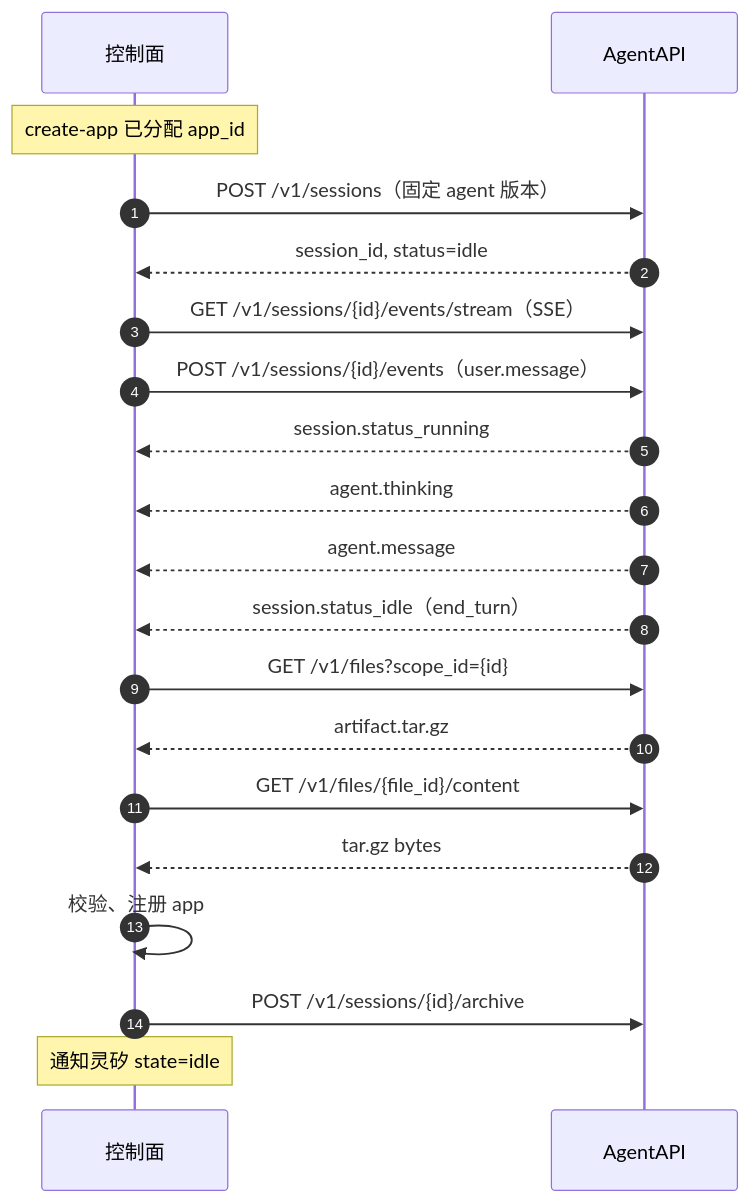
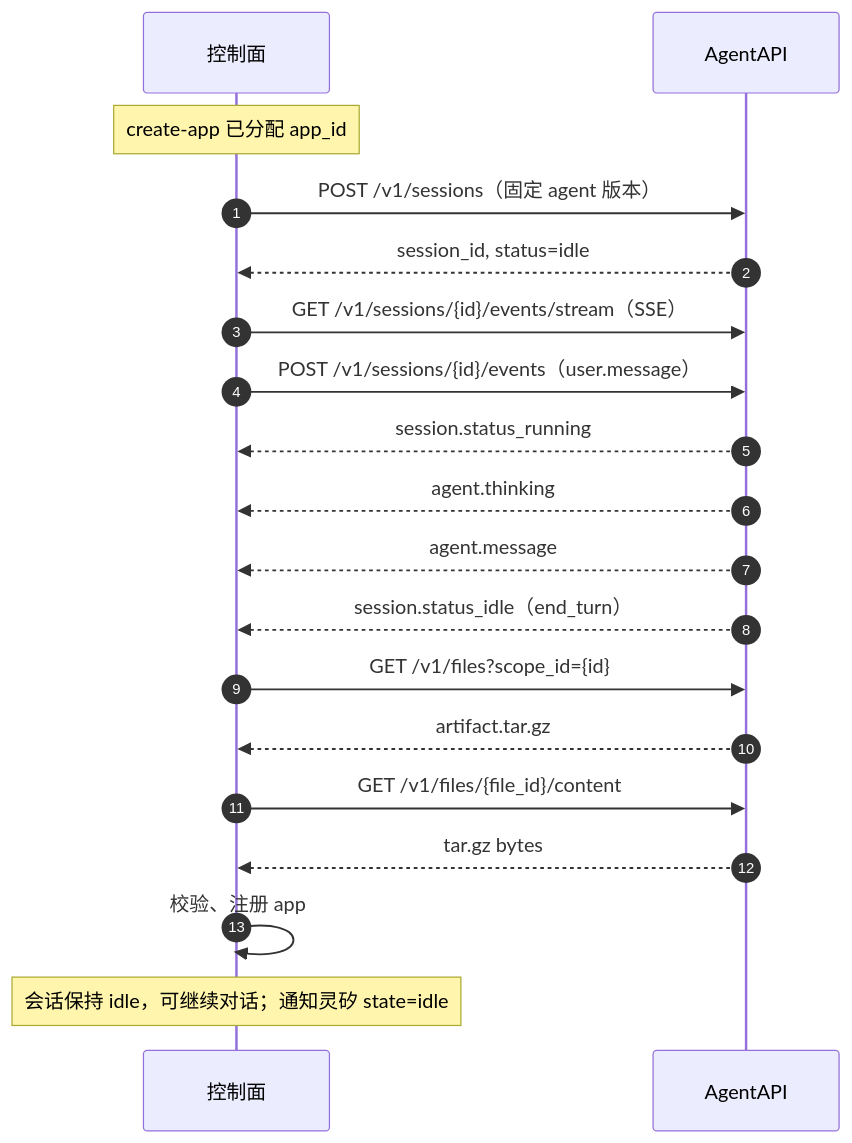
The diagram in docs/gateway-agentapi-interface.md (open-anywhere/open-anywhere), drawn with Mermaid before and after one commit. The commit also changed other lines of this file and 93 other files, not shown here.

````diff
--- a/docs/gateway-agentapi-interface.md
+++ b/docs/gateway-agentapi-interface.md
@@ -259,23 +259,22 @@
 ```mermaid
 sequenceDiagram
   autonumber
   participant C as 控制面
   participant A as AgentAPI
 
   Note over C: create-app 已分配 app_id
   C->>A: POST /v1/sessions（固定 agent 版本）
   A-->>C: session_id, status=idle
   C->>A: GET /v1/sessions/{id}/events/stream（SSE）
   C->>A: POST /v1/sessions/{id}/events（user.message）
   A-->>C: session.status_running
   A-->>C: agent.thinking
   A-->>C: agent.message
   A-->>C: session.status_idle（end_turn）
   C->>A: GET /v1/files?scope_id={id}
   A-->>C: artifact.tar.gz
   C->>A: GET /v1/files/{file_id}/content
   A-->>C: tar.gz bytes
   C->>C: 校验、注册 app
-  C->>A: POST /v1/sessions/{id}/archive
-  Note over C: 通知灵矽 state=idle
+  Note over C: 会话保持 idle，可继续对话；通知灵矽 state=idle
 ```
````
